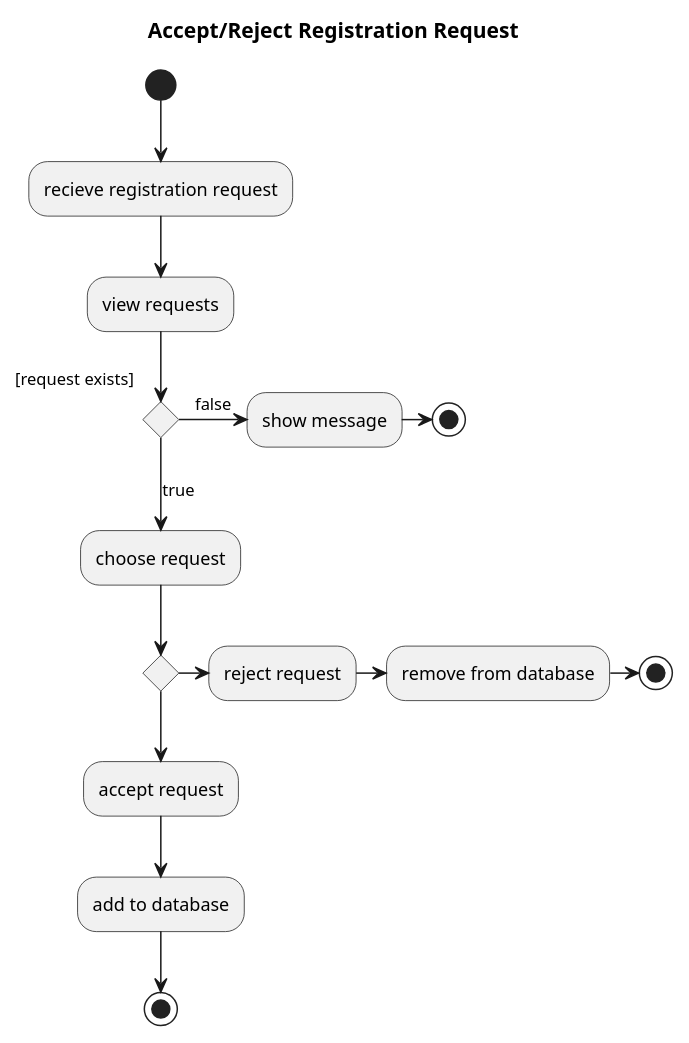
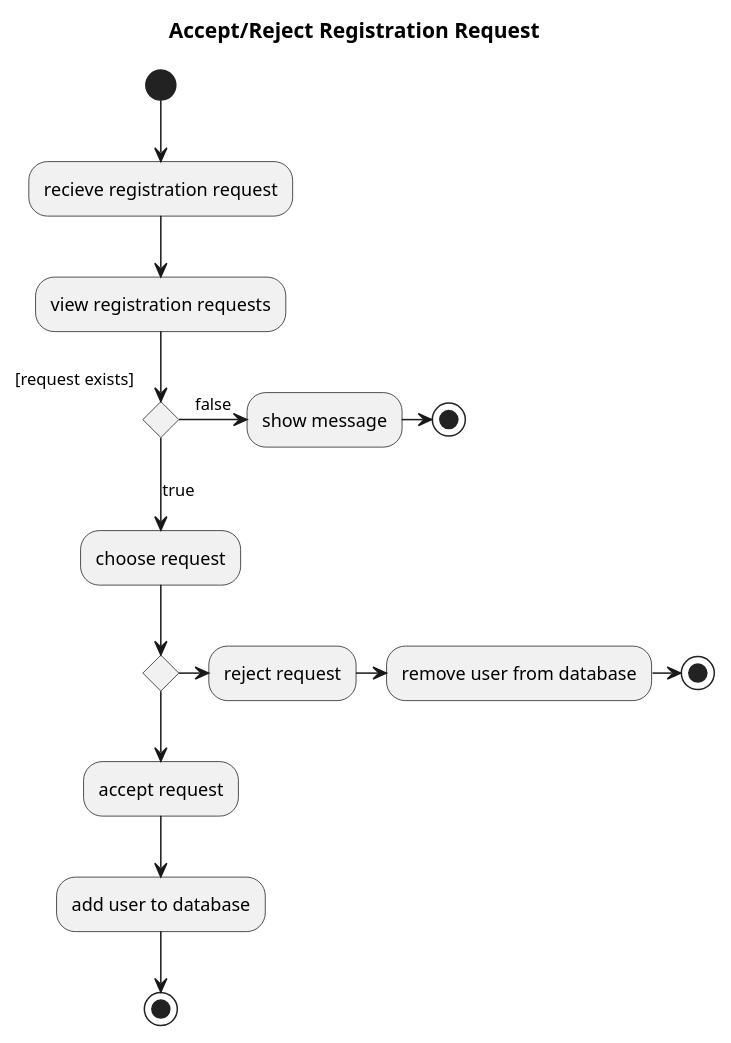
Before and after one commit to OmarAlghamdi/swe363-project-react: the fourth of 6 diagrams in diagrams/activity/activity.puml, drawn with PlantUML.

```diff
--- a/diagrams/activity/activity.puml
+++ b/diagrams/activity/activity.puml
@@ -81,27 +81,27 @@
 @startuml
 title
 Accept/Reject Registration Request
 end title
 (*)  --> "recieve registration request"
-"recieve registration request" --> "view requests"
+"recieve registration request" --> "view registration requests"
 
 If "[request exists]" then
 --> [true] "choose request"
 
 If "" then
 --> "accept request"
-"accept request" --> "add to database"
-"add to database" --> (*3)
+"accept request" --> "add user to database"
+"add user to database" --> (*3)
 
 else
 -> "reject request"
-"reject request" -> "remove from database"
-"remove from database" -> (*2)
+"reject request" -> "remove user from database"
+"remove user from database" -> (*2)
 Endif
 
 else
 -> [false] "show message"
 "show message" -> (*1)
 
 Endif
 @enduml
```
